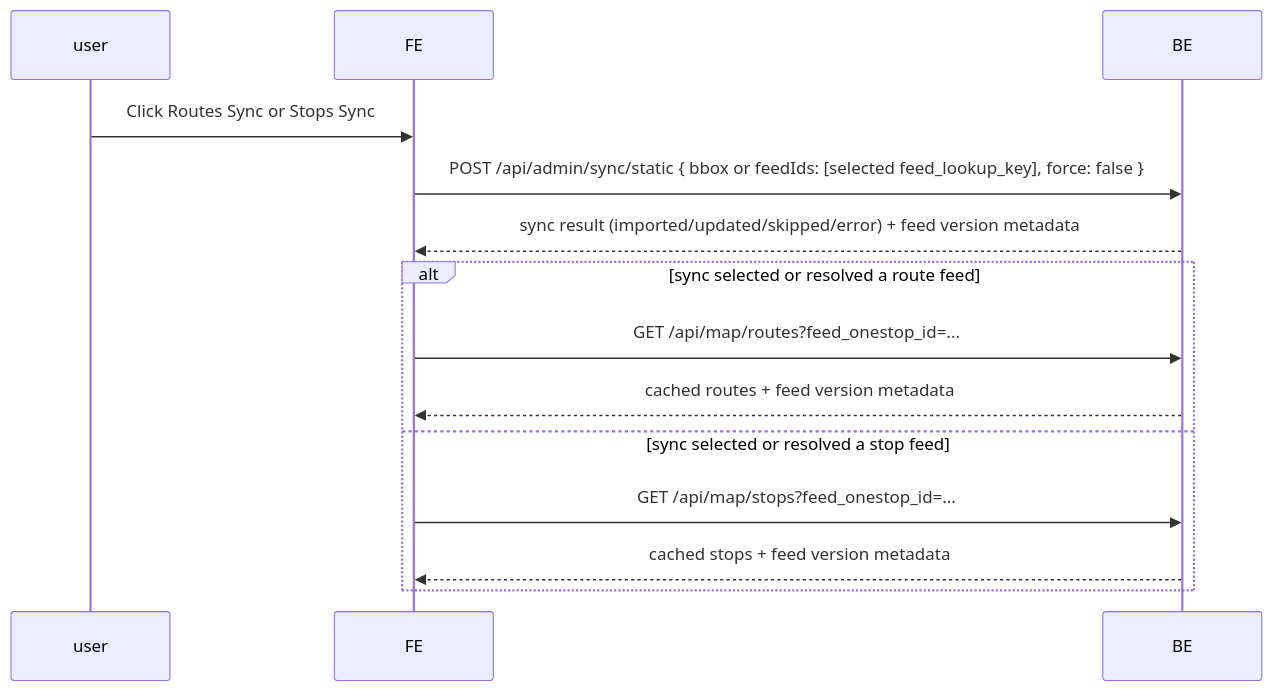
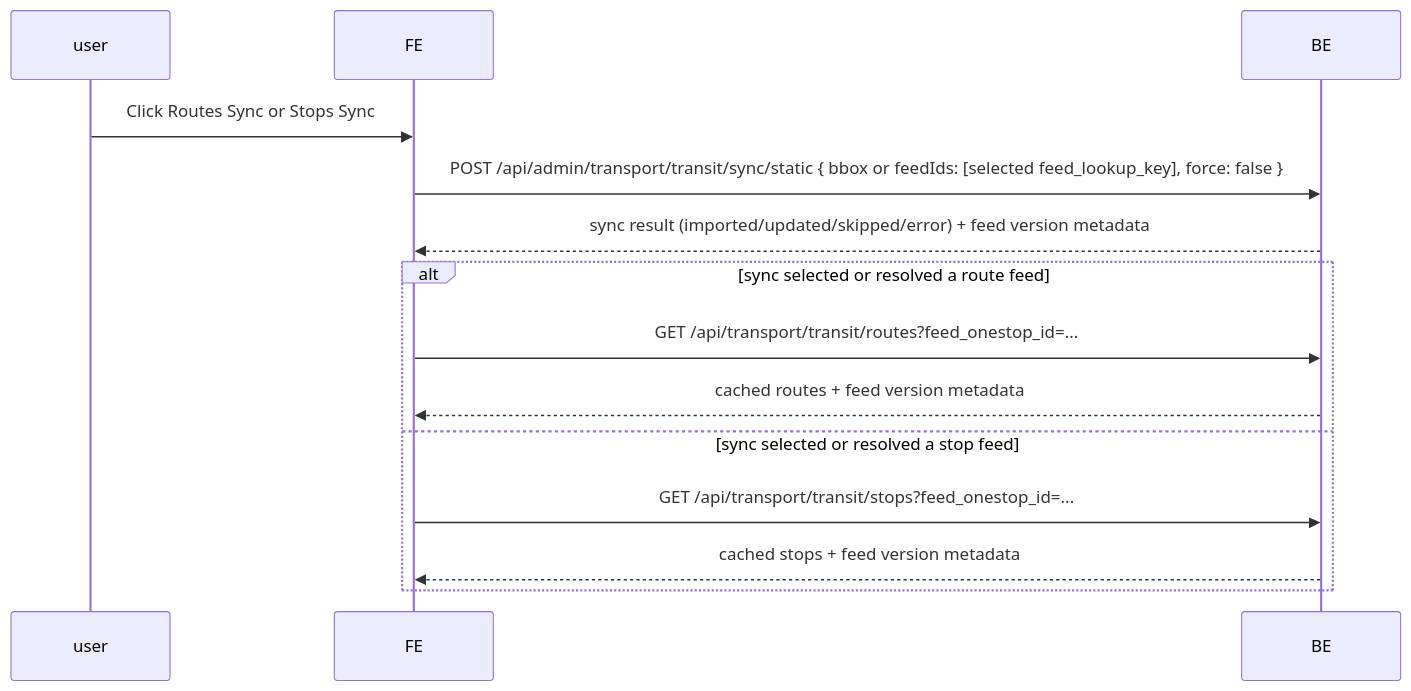
Before and after one commit to steeeee0223/notion-kit: the second of 3 diagrams in apps/map-server/docs/use-cases.md, drawn with Mermaid. The commit also changed other lines of this file and 1 other file, not shown here.

Commit message:
docs(map-server): update transport provider API endpoints

````diff
--- a/apps/map-server/docs/use-cases.md
+++ b/apps/map-server/docs/use-cases.md
@@ -175,17 +175,17 @@
 ```mermaid
 sequenceDiagram
     participant user
     participant FE
     participant BE
 
     user->>FE: Click Routes Sync or Stops Sync
-    FE->>BE: POST /api/admin/sync/static { bbox or feedIds: [selected feed_lookup_key], force: false }
+    FE->>BE: POST /api/admin/transport/transit/sync/static { bbox or feedIds: [selected feed_lookup_key], force: false }
     BE-->>FE: sync result (imported/updated/skipped/error) + feed version metadata
     alt sync selected or resolved a route feed
-        FE->>BE: GET /api/map/routes?feed_onestop_id=...
+        FE->>BE: GET /api/transport/transit/routes?feed_onestop_id=...
         BE-->>FE: cached routes + feed version metadata
     else sync selected or resolved a stop feed
-        FE->>BE: GET /api/map/stops?feed_onestop_id=...
+        FE->>BE: GET /api/transport/transit/stops?feed_onestop_id=...
         BE-->>FE: cached stops + feed version metadata
     end
 ```
````
